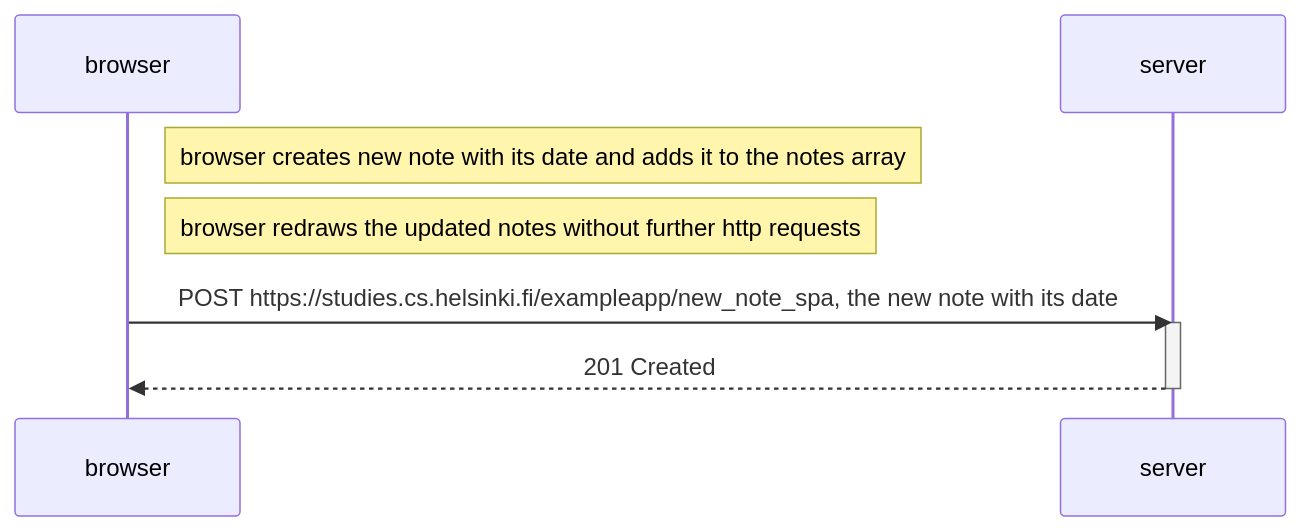
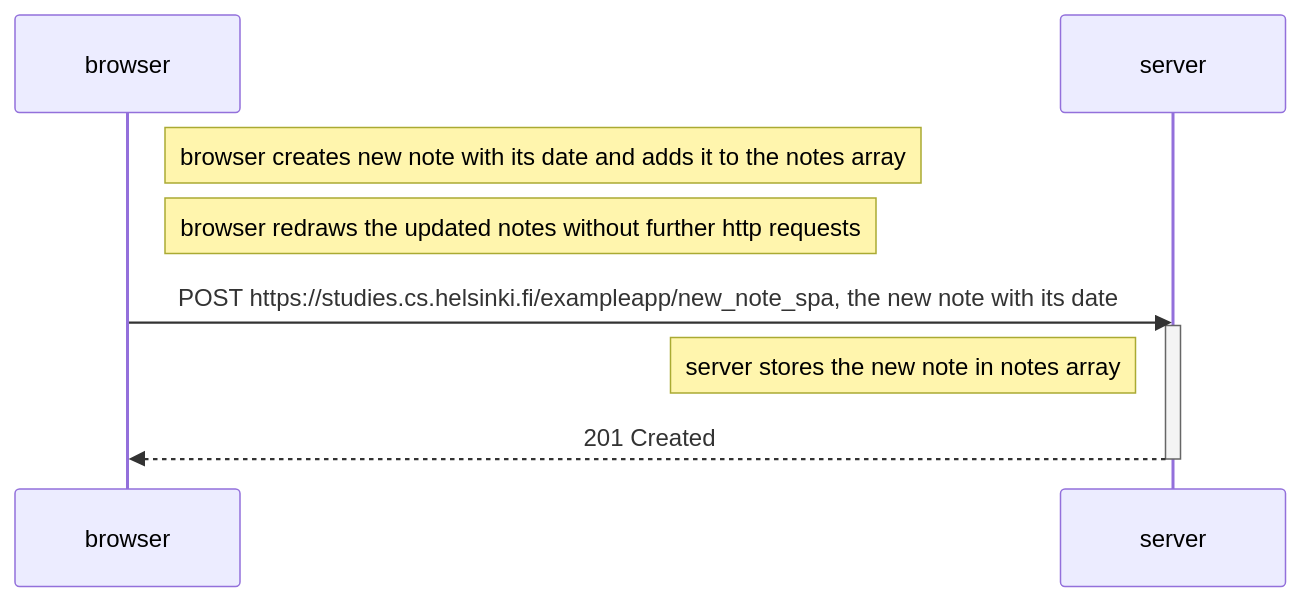
One commit to pilgrimAeneas/fullstackopen changed the diagram in part0/sequence-diagrams/new-note-spa.md. Above: the diagram before and after it, drawn with Mermaid.

Commit message:
Document server note storage in new-note-spa.md
Added note about server storing the new note in the notes array.

````diff
--- a/part0/sequence-diagrams/new-note-spa.md
+++ b/part0/sequence-diagrams/new-note-spa.md
@@ -1,13 +1,14 @@
 ```mermaid
 sequenceDiagram
     participant browser
     participant server
 
     Note right of browser: browser creates new note with its date and adds it to the notes array
     Note right of browser: browser redraws the updated notes without further http requests
 
     browser->>server: POST https://studies.cs.helsinki.fi/exampleapp/new_note_spa, the new note with its date
     activate server
+    Note left of server: server stores the new note in notes array
     server-->>browser: 201 Created
     deactivate server
 ```
````
